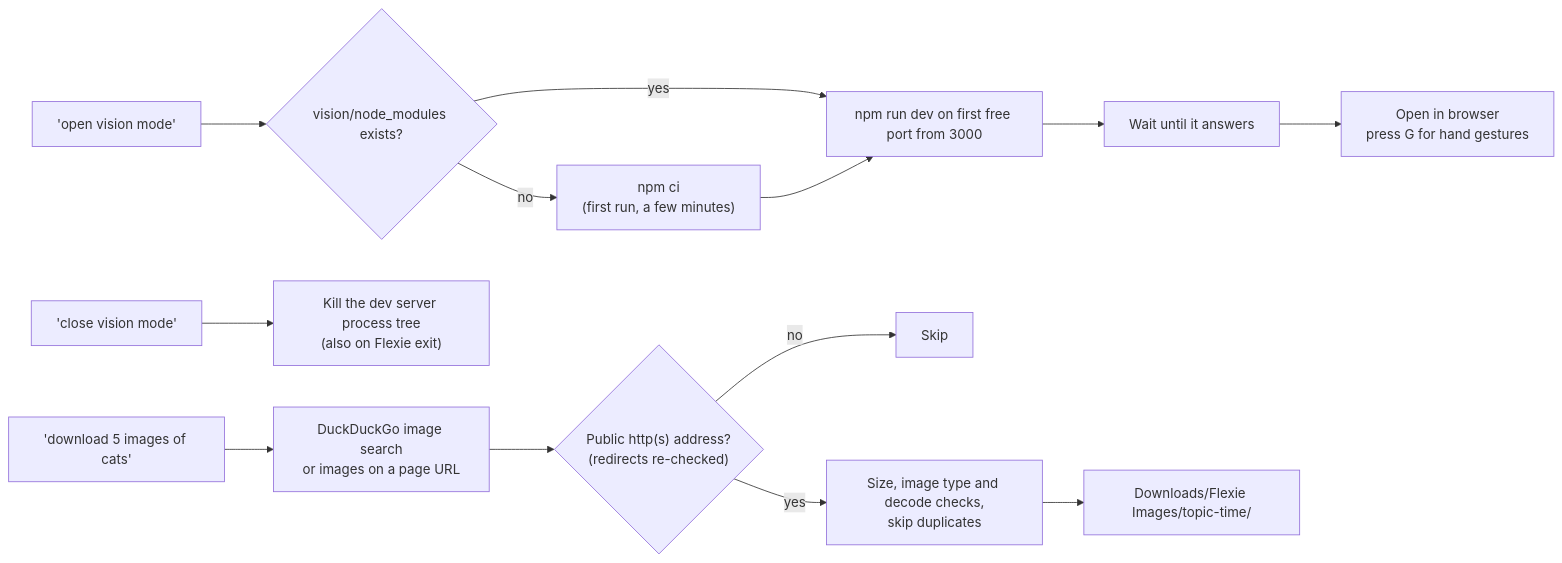
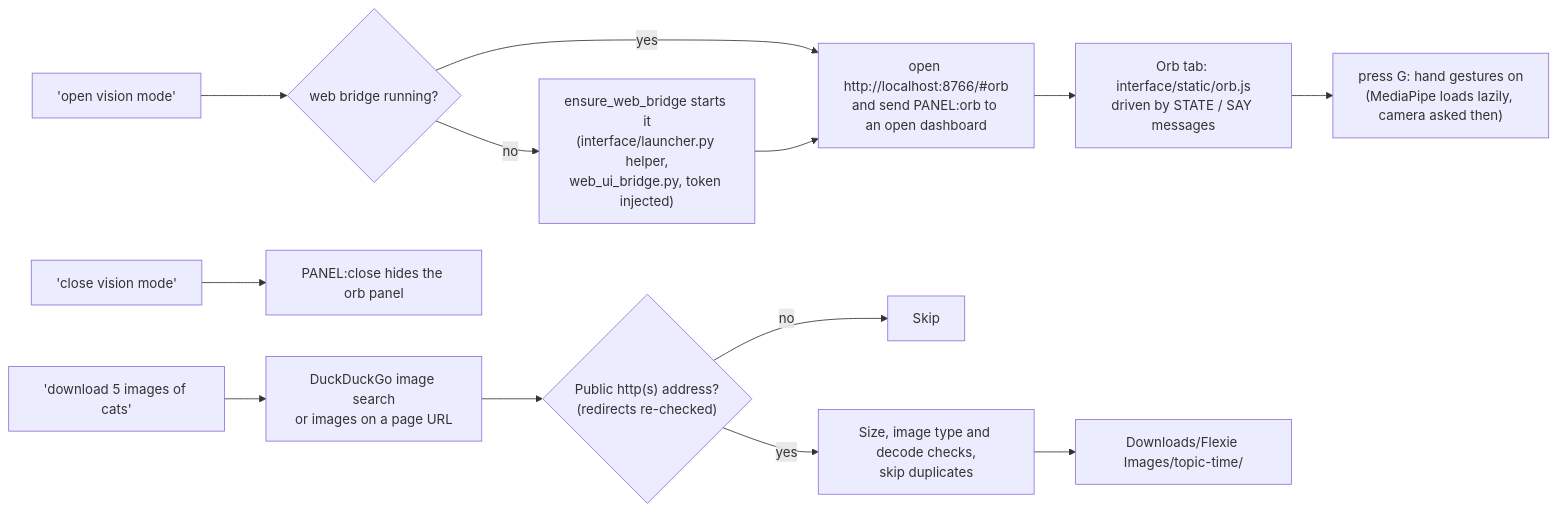
The sixth of 6 diagrams in README.md (DhanushN2005/Agentic-AI-Desktop-Assistant-), drawn with Mermaid before and after one commit. The commit also changed other lines of this file and 61 other files, not shown here.

First line of the commit message:
Add comprehensive tests for launcher and web dashboard functionality

````diff
--- a/README.md
+++ b/README.md
@@ -264,16 +264,16 @@
 ```mermaid
 flowchart LR
-    A["'open vision mode'"] --> B{"vision/node_modules exists?"}
-    B -->|no| C["npm ci<br/>(first run, a few minutes)"]
+    A["'open vision mode'"] --> B{"web bridge running?"}
+    B -->|no| C["ensure_web_bridge starts it<br/>(interface/launcher.py helper,<br/>web_ui_bridge.py, token injected)"]
     B -->|yes| D
-    C --> D["npm run dev on first free port from 3000"]
-    D --> E["Wait until it answers"]
-    E --> F["Open in browser<br/>press G for hand gestures"]
-    G["'close vision mode'"] --> H["Kill the dev server process tree<br/>(also on Flexie exit)"]
+    C --> D["open http://localhost:8766/#orb<br/>and send PANEL:orb to an open dashboard"]
+    D --> E["Orb tab: interface/static/orb.js<br/>driven by STATE / SAY messages"]
+    E --> F["press G: hand gestures on<br/>(MediaPipe loads lazily, camera asked then)"]
+    G["'close vision mode'"] --> H["PANEL:close hides the orb panel"]
 
     I["'download 5 images of cats'"] --> J["DuckDuckGo image search<br/>or images on a page URL"]
     J --> K{"Public http(s) address?<br/>(redirects re-checked)"}
     K -->|no| X["Skip"]
     K -->|yes| L["Size, image type and decode checks,<br/>skip duplicates"]
     L --> M["Downloads/Flexie Images/topic-time/"]
 ```
````
